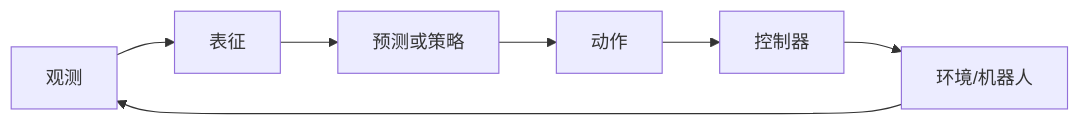
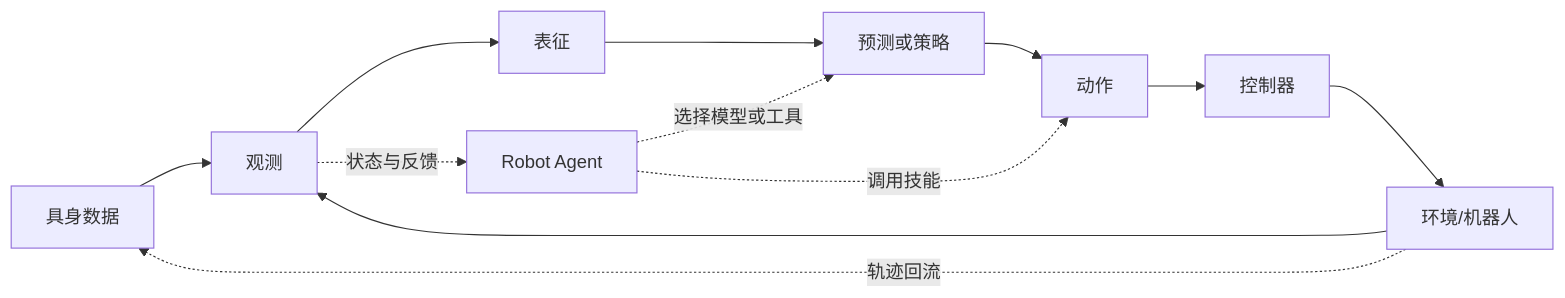
The first of 3 diagrams in docs/knowledge-map.md (ppsdk/Embodied-AI-Start), drawn with Mermaid before and after one commit. The commit also changed other lines of this file and 11 other files, not shown here.

Commit message:
docs: add embodied data and robot agent guides

````diff
--- a/docs/knowledge-map.md
+++ b/docs/knowledge-map.md
@@ -13,9 +13,14 @@
 ```mermaid
 flowchart LR
+    D[具身数据] --> O[观测]
     O[观测] --> R[表征]
     R --> P[预测或策略]
     P --> A[动作]
+    O -. 状态与反馈 .-> G[Robot Agent]
+    G -. 选择模型或工具 .-> P
+    G -. 调用技能 .-> A
     A --> C[控制器]
     C --> E[环境/机器人]
     E --> O
+    E -. 轨迹回流 .-> D
 ```
````
